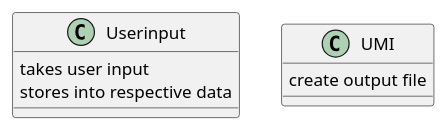
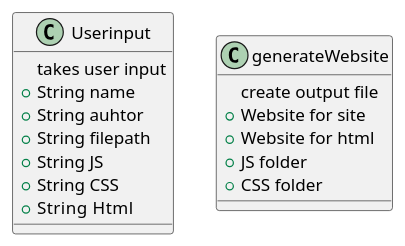
One commit to korinneramcharitar/Ramcharitar-Cop3330-assignment3 changed the diagram in src/main/java/ex43/ex43_UML.puml. Above: the diagram before and after it, drawn with PlantUML.

```diff
--- a/src/main/java/ex43/ex43_UML.puml
+++ b/src/main/java/ex43/ex43_UML.puml
@@ -1,13 +1,22 @@
 @startuml
 Class Userinput{
 
 takes user input
-stores into respective data
++String name
++String auhtor
++String filepath
++String JS
++String CSS
++String  Html
 
 }
-Class UMI{
+Class generateWebsite{
 create output file
++Website for site
++Website for html
++JS folder
++CSS folder
 
 }
 
 @enduml
```
